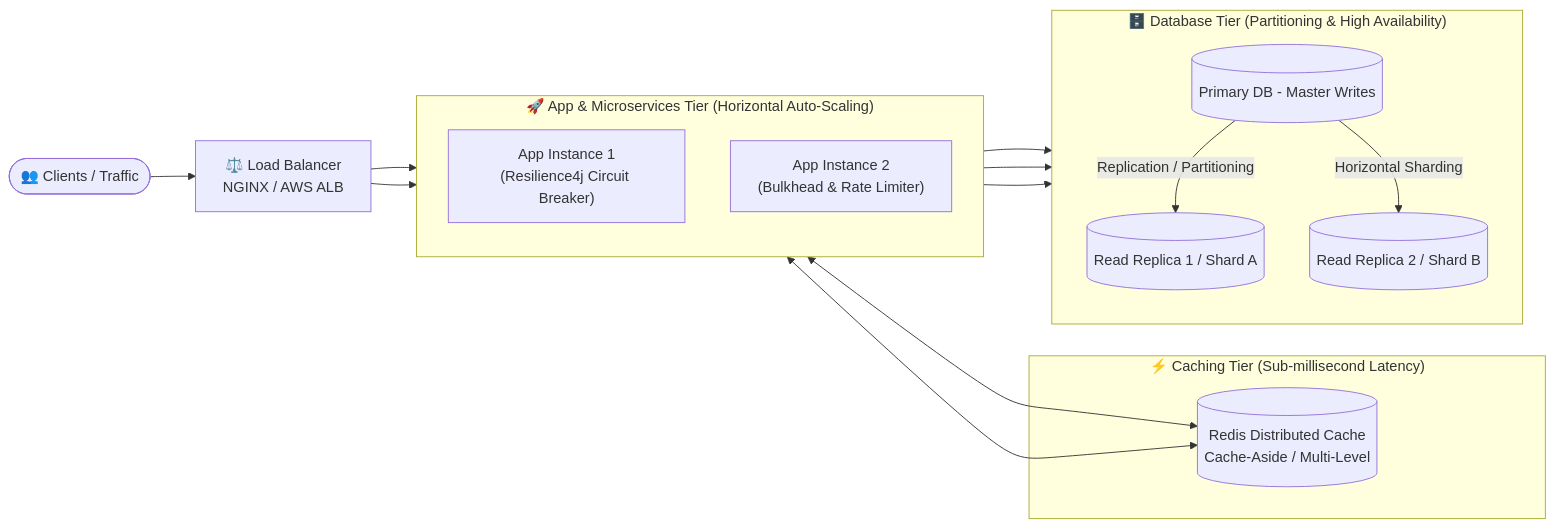
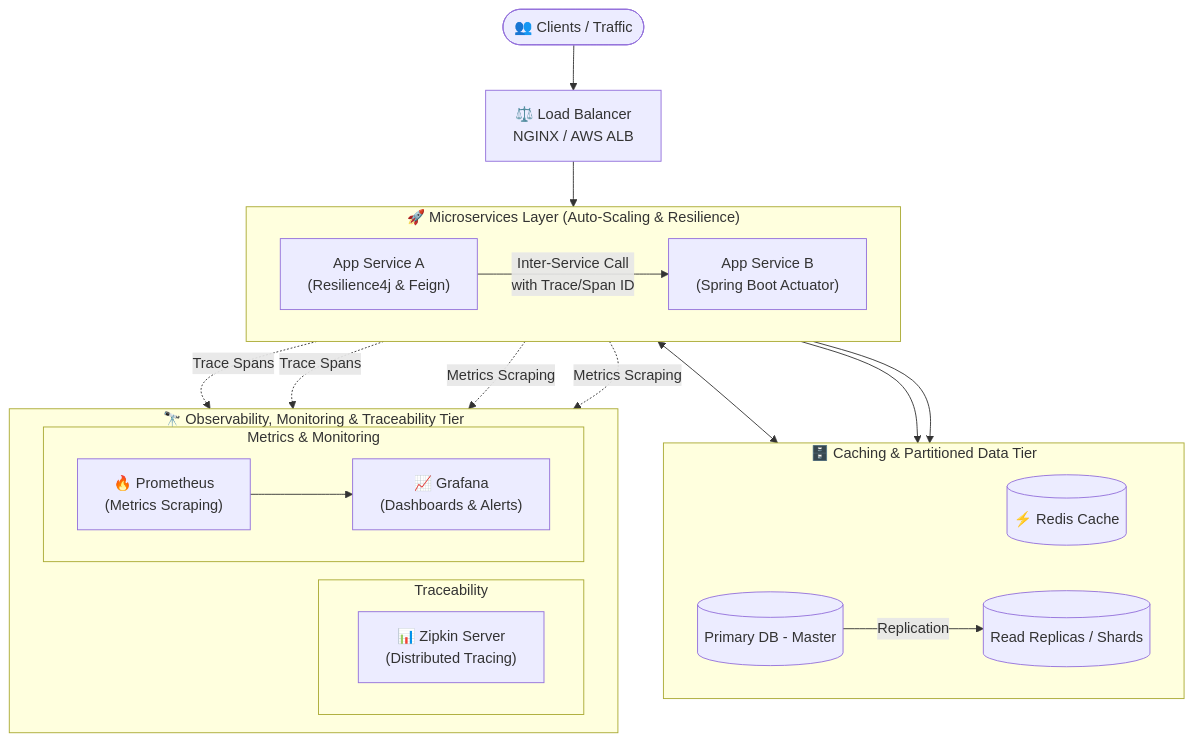
Before and after one commit to hariprasanth-jcode/hariprasanth-jcode: the diagram in README.md, drawn with Mermaid. The commit also changed other lines of this file, not shown here.

Commit message:
Include Observability, Monitoring, Traceability with Prometheus, Grafana, Zipkin, and Architecture

````diff
--- a/README.md
+++ b/README.md
@@ -47,33 +48,42 @@
 ```mermaid
-flowchart LR
-    A([👥 Clients / Traffic]) --> B[⚖️ Load Balancer<br/>NGINX / AWS ALB]
+flowchart TD
+    Clients([👥 Clients / Traffic]) --> LB[⚖️ Load Balancer<br/>NGINX / AWS ALB]
     
-    subgraph Microservices ["🚀 App & Microservices Tier (Horizontal Auto-Scaling)"]
-        direction TB
-        C1["App Instance 1<br/>(Resilience4j Circuit Breaker)"]
-        C2["App Instance 2<br/>(Bulkhead & Rate Limiter)"]
+    subgraph MicroservicesTier ["🚀 Microservices Layer (Auto-Scaling & Resilience)"]
+        direction LR
+        S1["App Service A<br/>(Resilience4j & Feign)"]
+        S2["App Service B<br/>(Spring Boot Actuator)"]
+        S1 -->|Inter-Service Call<br/>with Trace/Span ID| S2
     end
     
-    B --> C1
-    B --> C2
+    LB --> S1
     
-    subgraph CachingLayer ["⚡ Caching Tier (Sub-millisecond Latency)"]
-        D[(Redis Distributed Cache<br/>Cache-Aside / Multi-Level)]
+    subgraph StorageTier ["🗄️ Caching & Partitioned Data Tier"]
+        direction LR
+        Cache[(⚡ Redis Cache)]
+        Primary[(Primary DB - Master)]
+        Replica[(Read Replicas / Shards)]
+        Primary -->|Replication| Replica
     end
     
-    C1 <--> D
-    C2 <--> D
-    
-    subgraph DataTier ["🗄️ Database Tier (Partitioning & High Availability)"]
-        direction TB
-        E[(Primary DB - Master Writes)]
-        F[(Read Replica 1 / Shard A)]
-        G[(Read Replica 2 / Shard B)]
-        E -->|Replication / Partitioning| F
-        E -->|Horizontal Sharding| G
+    S1 <--> Cache
+    S2 --> Primary
+    S2 --> Replica
+
+    subgraph ObservabilityTier ["🔭 Observability, Monitoring & Traceability Tier"]
+        direction LR
+        subgraph TracingSub ["Traceability"]
+            Zipkin["📊 Zipkin Server<br/>(Distributed Tracing)"]
+        end
+        subgraph MonitoringSub ["Metrics & Monitoring"]
+            Prometheus["🔥 Prometheus<br/>(Metrics Scraping)"]
+            Grafana["📈 Grafana<br/>(Dashboards & Alerts)"]
+            Prometheus --> Grafana
+        end
     end
-    
-    C1 --> E
-    C2 --> F
-    C2 --> G
+
+    S1 -.->|Trace Spans| Zipkin
+    S2 -.->|Trace Spans| Zipkin
+    S1 -.->|Metrics Scraping| Prometheus
+    S2 -.->|Metrics Scraping| Prometheus
 ```
````
